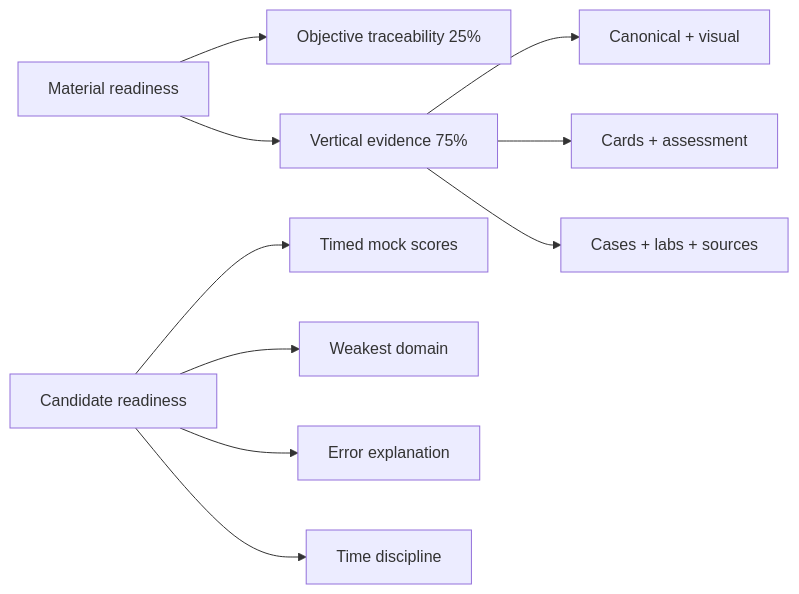
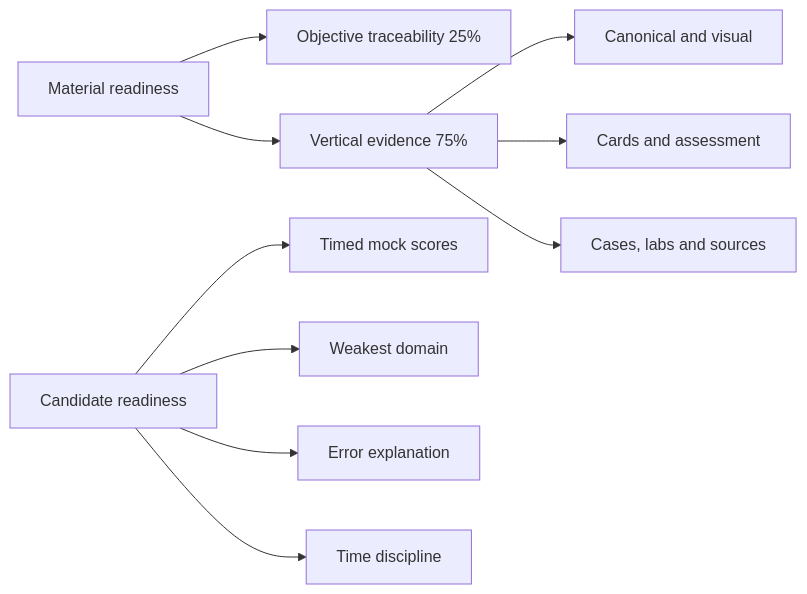
One commit to alimbetov/obsidian changed the first of 2 diagrams in 00_HOME/Certification 99 Percent Readiness Dashboard.md. Above: the diagram before and after it, drawn with Mermaid. The commit also changed other lines of this file, not shown here.

````diff
--- a/00_HOME/Certification 99 Percent Readiness Dashboard.md
+++ b/00_HOME/Certification 99 Percent Readiness Dashboard.md
@@ -29,12 +34,12 @@
 ```mermaid
 flowchart LR
     MATERIAL["Material readiness"] --> OBJ["Objective traceability 25%"]
     MATERIAL --> VERTICAL["Vertical evidence 75%"]
-    VERTICAL --> THEORY["Canonical + visual"]
-    VERTICAL --> CARDS["Cards + assessment"]
-    VERTICAL --> TRANSFER["Cases + labs + sources"]
+    VERTICAL --> THEORY["Canonical and visual"]
+    VERTICAL --> CARDS["Cards and assessment"]
+    VERTICAL --> TRANSFER["Cases, labs and sources"]
     CANDIDATE["Candidate readiness"] --> MOCK["Timed mock scores"]
     CANDIDATE --> WEAK["Weakest domain"]
     CANDIDATE --> EXPLAIN["Error explanation"]
     CANDIDATE --> TIME["Time discipline"]
 ```
````
